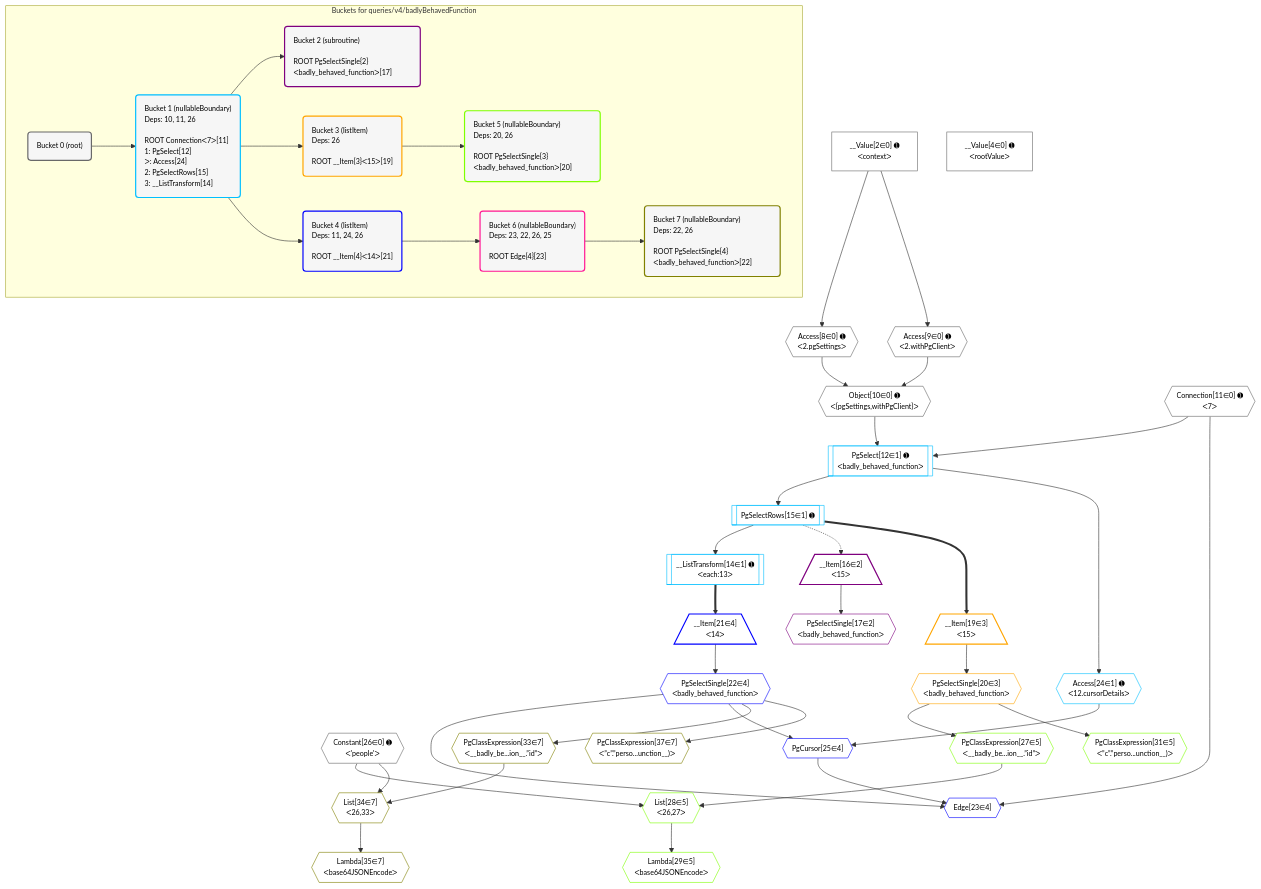
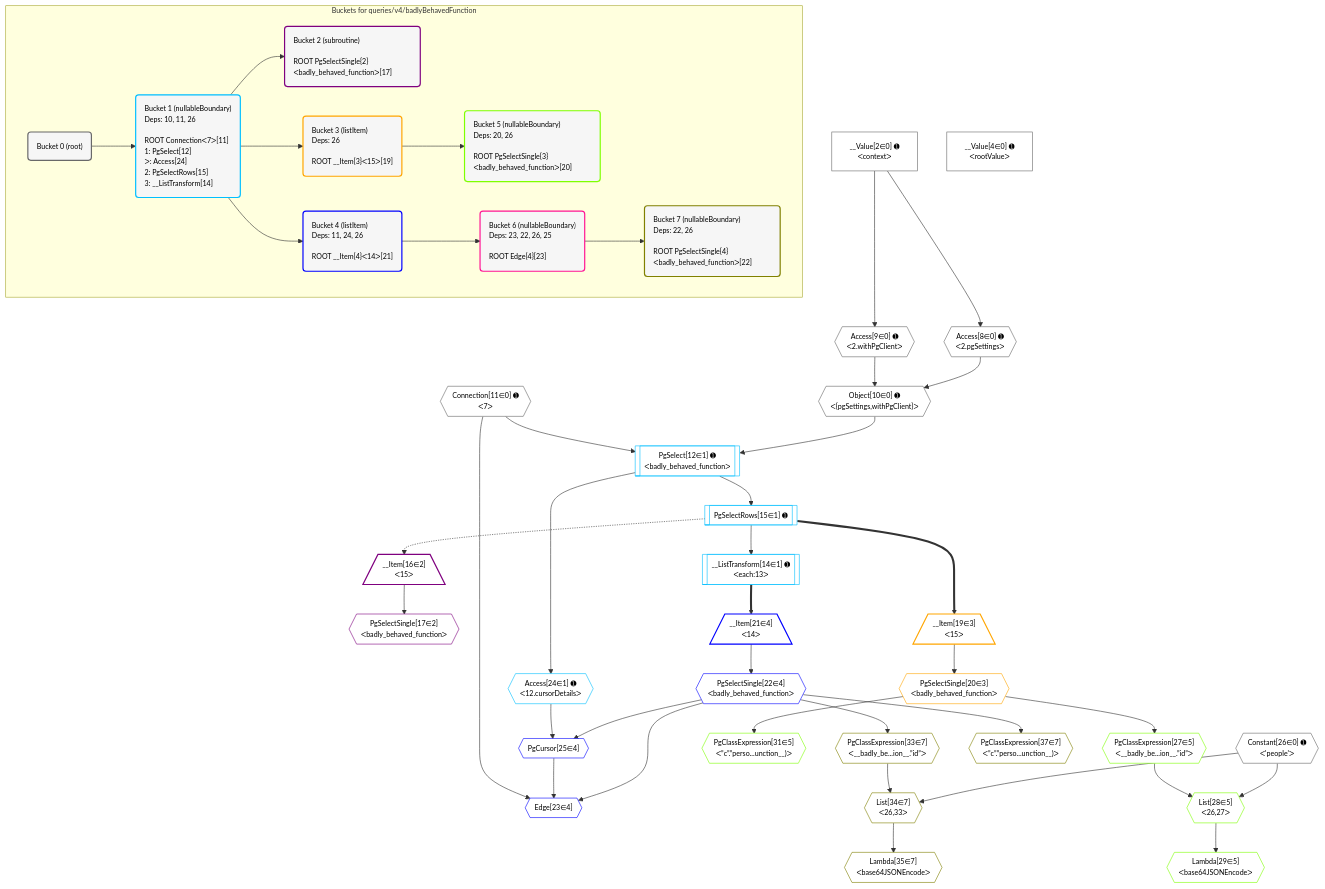
The diagram in postgraphile/postgraphile/__tests__/queries/v4/badlyBehavedFunction.mermaid (graphile/crystal), drawn with Mermaid before and after one commit. The commit also changed other lines of this file and 93 other files, not shown here.

Commit message:
Update plan diagrams (steps in different order)

```diff
--- a/postgraphile/postgraphile/__tests__/queries/v4/badlyBehavedFunction.mermaid
+++ b/postgraphile/postgraphile/__tests__/queries/v4/badlyBehavedFunction.mermaid
@@ -1,94 +1,94 @@
 %%{init: {'themeVariables': { 'fontSize': '12px'}}}%%
 graph TD
     classDef path fill:#eee,stroke:#000,color:#000
     classDef plan fill:#fff,stroke-width:1px,color:#000
     classDef itemplan fill:#fff,stroke-width:2px,color:#000
     classDef unbatchedplan fill:#dff,stroke-width:1px,color:#000
     classDef sideeffectplan fill:#fcc,stroke-width:2px,color:#000
     classDef bucket fill:#f6f6f6,color:#000,stroke-width:2px,text-align:left
 
     subgraph "Buckets for queries/v4/badlyBehavedFunction"
     Bucket0("Bucket 0 (root)"):::bucket
     Bucket1("Bucket 1 (nullableBoundary)<br />Deps: 10, 11, 26<br /><br />ROOT Connectionᐸ7ᐳ[11]<br />1: PgSelect[12]<br />ᐳ: Access[24]<br />2: PgSelectRows[15]<br />3: __ListTransform[14]"):::bucket
     Bucket2("Bucket 2 (subroutine)<br /><br />ROOT PgSelectSingle{2}ᐸbadly_behaved_functionᐳ[17]"):::bucket
     Bucket3("Bucket 3 (listItem)<br />Deps: 26<br /><br />ROOT __Item{3}ᐸ15ᐳ[19]"):::bucket
     Bucket4("Bucket 4 (listItem)<br />Deps: 11, 24, 26<br /><br />ROOT __Item{4}ᐸ14ᐳ[21]"):::bucket
     Bucket5("Bucket 5 (nullableBoundary)<br />Deps: 20, 26<br /><br />ROOT PgSelectSingle{3}ᐸbadly_behaved_functionᐳ[20]"):::bucket
     Bucket6("Bucket 6 (nullableBoundary)<br />Deps: 23, 22, 26, 25<br /><br />ROOT Edge{4}[23]"):::bucket
     Bucket7("Bucket 7 (nullableBoundary)<br />Deps: 22, 26<br /><br />ROOT PgSelectSingle{4}ᐸbadly_behaved_functionᐳ[22]"):::bucket
     end
     Bucket0 --> Bucket1
     Bucket1 --> Bucket2 & Bucket3 & Bucket4
     Bucket3 --> Bucket5
     Bucket4 --> Bucket6
     Bucket6 --> Bucket7
 
     %% plan dependencies
     Object10{{"Object[10∈0] ➊<br />ᐸ{pgSettings,withPgClient}ᐳ"}}:::plan
     Access8{{"Access[8∈0] ➊<br />ᐸ2.pgSettingsᐳ"}}:::plan
     Access9{{"Access[9∈0] ➊<br />ᐸ2.withPgClientᐳ"}}:::plan
     Access8 & Access9 --> Object10
     __Value2["__Value[2∈0] ➊<br />ᐸcontextᐳ"]:::plan
     __Value2 --> Access8
     __Value2 --> Access9
     __Value4["__Value[4∈0] ➊<br />ᐸrootValueᐳ"]:::plan
     Connection11{{"Connection[11∈0] ➊<br />ᐸ7ᐳ"}}:::plan
     Constant26{{"Constant[26∈0] ➊<br />ᐸ'people'ᐳ"}}:::plan
     PgSelect12[["PgSelect[12∈1] ➊<br />ᐸbadly_behaved_functionᐳ"]]:::plan
     Object10 & Connection11 --> PgSelect12
     __ListTransform14[["__ListTransform[14∈1] ➊<br />ᐸeach:13ᐳ"]]:::plan
     PgSelectRows15[["PgSelectRows[15∈1] ➊"]]:::plan
     PgSelectRows15 --> __ListTransform14
     PgSelect12 --> PgSelectRows15
     Access24{{"Access[24∈1] ➊<br />ᐸ12.cursorDetailsᐳ"}}:::plan
     PgSelect12 --> Access24
     __Item16[/"__Item[16∈2]<br />ᐸ15ᐳ"\]:::itemplan
     PgSelectRows15 -.-> __Item16
     PgSelectSingle17{{"PgSelectSingle[17∈2]<br />ᐸbadly_behaved_functionᐳ"}}:::plan
     __Item16 --> PgSelectSingle17
     __Item19[/"__Item[19∈3]<br />ᐸ15ᐳ"\]:::itemplan
     PgSelectRows15 ==> __Item19
     PgSelectSingle20{{"PgSelectSingle[20∈3]<br />ᐸbadly_behaved_functionᐳ"}}:::plan
     __Item19 --> PgSelectSingle20
+    Edge23{{"Edge[23∈4]"}}:::plan
+    PgSelectSingle22{{"PgSelectSingle[22∈4]<br />ᐸbadly_behaved_functionᐳ"}}:::plan
+    PgCursor25{{"PgCursor[25∈4]"}}:::plan
+    PgSelectSingle22 & PgCursor25 & Connection11 --> Edge23
+    PgSelectSingle22 & Access24 --> PgCursor25
+    __Item21[/"__Item[21∈4]<br />ᐸ14ᐳ"\]:::itemplan
+    __ListTransform14 ==> __Item21
+    __Item21 --> PgSelectSingle22
     List28{{"List[28∈5]<br />ᐸ26,27ᐳ"}}:::plan
     PgClassExpression27{{"PgClassExpression[27∈5]<br />ᐸ__badly_be...ion__.”id”ᐳ"}}:::plan
     Constant26 & PgClassExpression27 --> List28
     PgSelectSingle20 --> PgClassExpression27
     Lambda29{{"Lambda[29∈5]<br />ᐸbase64JSONEncodeᐳ"}}:::plan
     List28 --> Lambda29
     PgClassExpression31{{"PgClassExpression[31∈5]<br />ᐸ”c”.”perso...unction__)ᐳ"}}:::plan
     PgSelectSingle20 --> PgClassExpression31
-    Edge23{{"Edge[23∈4]"}}:::plan
-    PgSelectSingle22{{"PgSelectSingle[22∈4]<br />ᐸbadly_behaved_functionᐳ"}}:::plan
-    PgCursor25{{"PgCursor[25∈4]"}}:::plan
-    PgSelectSingle22 & PgCursor25 & Connection11 --> Edge23
-    PgSelectSingle22 & Access24 --> PgCursor25
-    __Item21[/"__Item[21∈4]<br />ᐸ14ᐳ"\]:::itemplan
-    __ListTransform14 ==> __Item21
-    __Item21 --> PgSelectSingle22
     List34{{"List[34∈7]<br />ᐸ26,33ᐳ"}}:::plan
     PgClassExpression33{{"PgClassExpression[33∈7]<br />ᐸ__badly_be...ion__.”id”ᐳ"}}:::plan
     Constant26 & PgClassExpression33 --> List34
     PgSelectSingle22 --> PgClassExpression33
     Lambda35{{"Lambda[35∈7]<br />ᐸbase64JSONEncodeᐳ"}}:::plan
     List34 --> Lambda35
     PgClassExpression37{{"PgClassExpression[37∈7]<br />ᐸ”c”.”perso...unction__)ᐳ"}}:::plan
     PgSelectSingle22 --> PgClassExpression37
 
     %% define steps
     classDef bucket0 stroke:#696969
     class Bucket0,__Value2,__Value4,Access8,Access9,Object10,Connection11,Constant26 bucket0
     classDef bucket1 stroke:#00bfff
     class Bucket1,PgSelect12,__ListTransform14,PgSelectRows15,Access24 bucket1
     classDef bucket2 stroke:#7f007f
     class Bucket2,__Item16,PgSelectSingle17 bucket2
     classDef bucket3 stroke:#ffa500
     class Bucket3,__Item19,PgSelectSingle20 bucket3
     classDef bucket4 stroke:#0000ff
     class Bucket4,__Item21,PgSelectSingle22,Edge23,PgCursor25 bucket4
     classDef bucket5 stroke:#7fff00
     class Bucket5,PgClassExpression27,List28,Lambda29,PgClassExpression31 bucket5
     classDef bucket6 stroke:#ff1493
     class Bucket6 bucket6
     classDef bucket7 stroke:#808000
     class Bucket7,PgClassExpression33,List34,Lambda35,PgClassExpression37 bucket7
```
